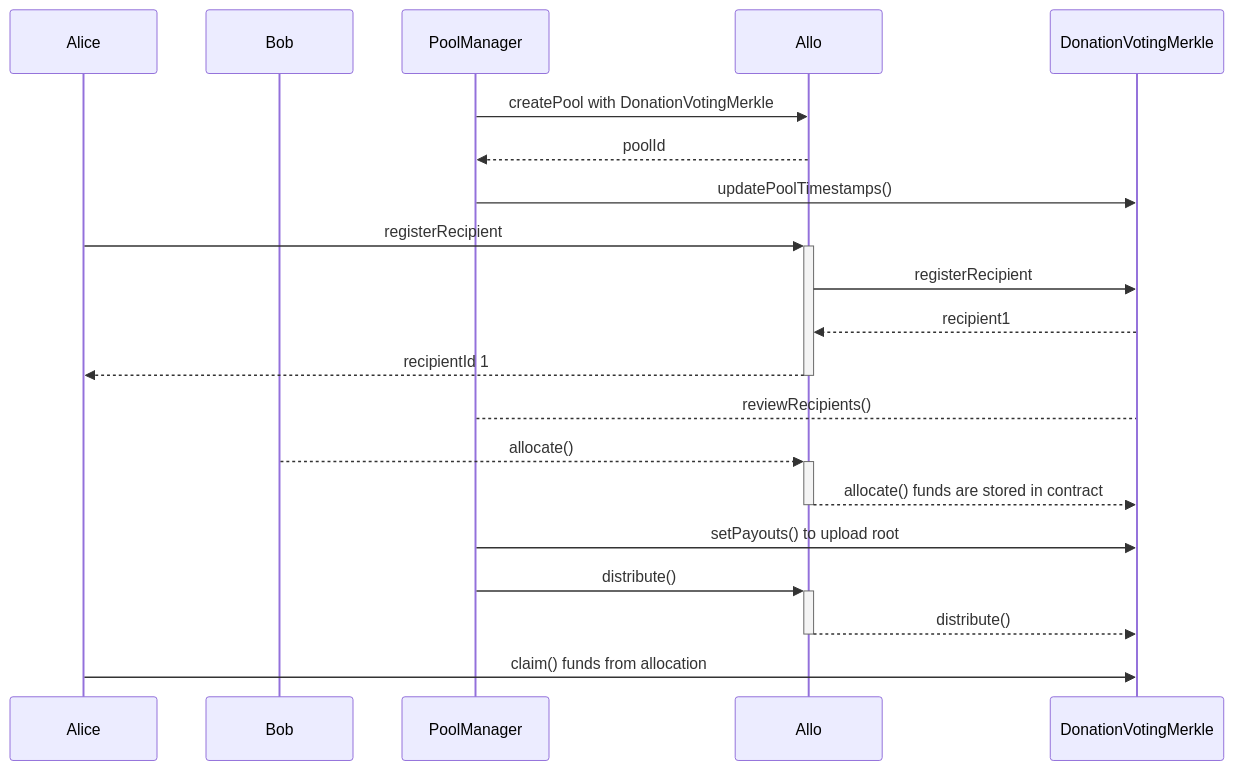
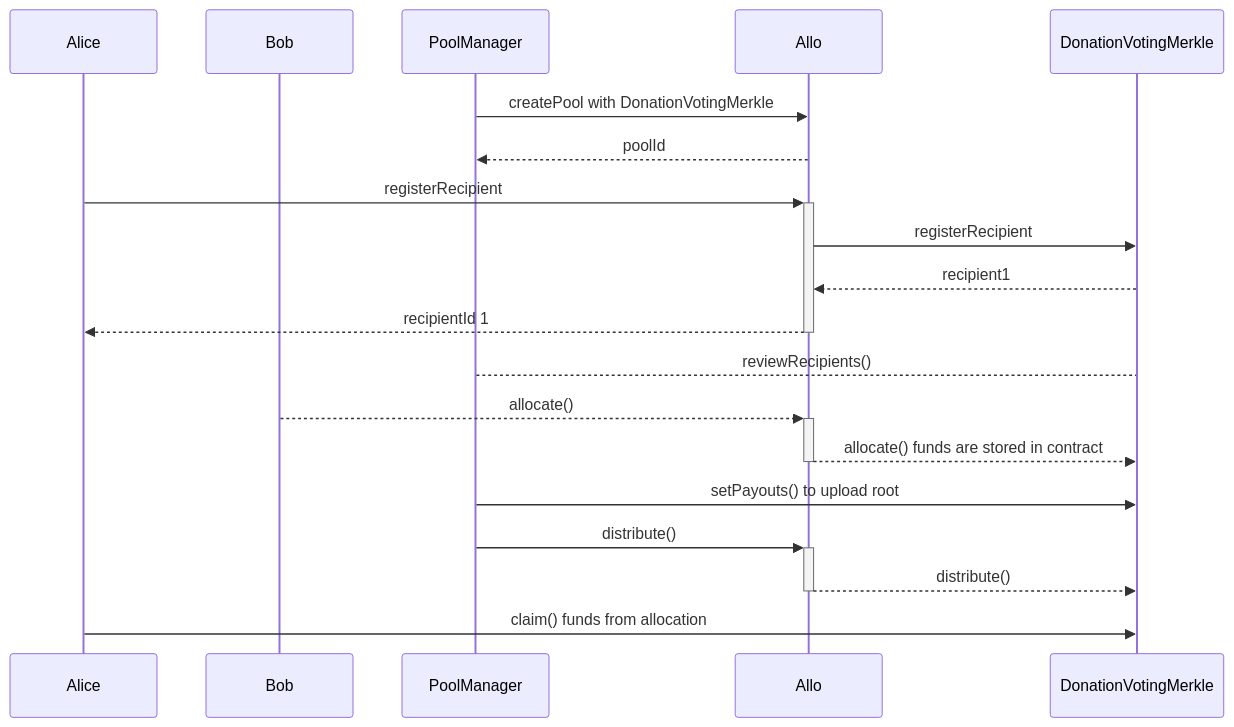
The diagram in contracts/readme/DonationVotingMerkleDistributionStrategy.md (allo-protocol/allo-v2), drawn with Mermaid before and after one commit. The commit also changed other lines of this file and 7 other files, not shown here.

````diff
--- a/contracts/readme/DonationVotingMerkleDistributionStrategy.md
+++ b/contracts/readme/DonationVotingMerkleDistributionStrategy.md
@@ -6,23 +36,22 @@
 ```mermaid
 sequenceDiagram
     participant Alice
     participant Bob
     participant PoolManager
     participant Allo
     participant DonationVotingMerkle
 
     PoolManager->>Allo: createPool with DonationVotingMerkle
     Allo-->>PoolManager: poolId
-    PoolManager->>DonationVotingMerkle: updatePoolTimestamps()
     Alice->>+Allo: registerRecipient
     Allo->>DonationVotingMerkle: registerRecipient
     DonationVotingMerkle-->>Allo: recipient1
     Allo-->>-Alice: recipientId 1
     PoolManager-->DonationVotingMerkle: reviewRecipients()
     Bob-->>+Allo: allocate()
     Allo-->>-DonationVotingMerkle: allocate() funds are stored in contract
     PoolManager->>DonationVotingMerkle: setPayouts() to upload root
     PoolManager->>+Allo: distribute()
     Allo-->>-DonationVotingMerkle: distribute()
     Alice->>DonationVotingMerkle: claim() funds from allocation
 ```
````
